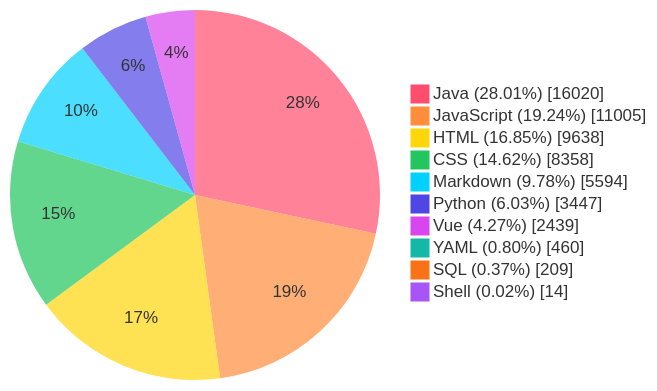
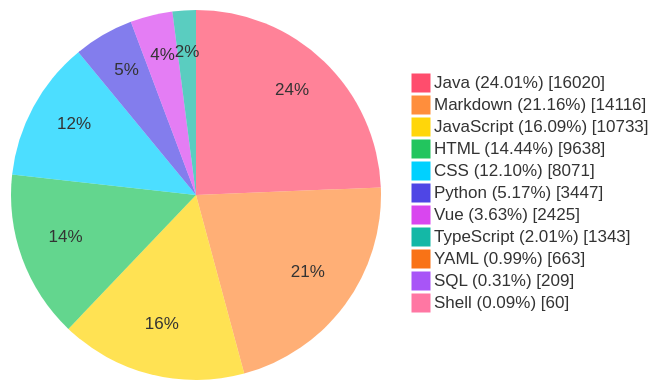
The diagram in README.md (TheBadRoger/BUCT-Teaching-Aids), drawn with Mermaid before and after one commit. The commit also changed other lines of this file and 2 other files, not shown here.

Commit message:
chore(stats): auto update README metrics

````diff
--- a/README.md
+++ b/README.md
@@ -40,29 +40,30 @@
 ```mermaid
 %%{init: {'theme':'base','themeVariables': {
   'fontFamily': 'Fira Code, JetBrains Mono, Source Code Pro, Cascadia Code, Menlo, Consolas, monospace',
   'pieStrokeColor': 'transparent',
   'pieStrokeWidth': '0px',
   'pieOuterStrokeWidth': '0px',
   'pie1': '#FF4D6D',
   'pie2': '#FF8E3C',
   'pie3': '#FFD60A',
   'pie4': '#22C55E',
   'pie5': '#00D1FF',
   'pie6': '#4F46E5',
   'pie7': '#D946EF',
   'pie8': '#14B8A6',
   'pie9': '#F97316',
   'pie10': '#A855F7'
 }}}%%
 pie showData
-    "Java (28.01%)" : 16020
-    "JavaScript (19.24%)" : 11005
-    "HTML (16.85%)" : 9638
-    "CSS (14.62%)" : 8358
-    "Markdown (9.78%)" : 5594
-    "Python (6.03%)" : 3447
-    "Vue (4.27%)" : 2439
-    "YAML (0.80%)" : 460
-    "SQL (0.37%)" : 209
-    "Shell (0.02%)" : 14
+    "Java (24.01%)" : 16020
+    "Markdown (21.16%)" : 14116
+    "JavaScript (16.09%)" : 10733
+    "HTML (14.44%)" : 9638
+    "CSS (12.10%)" : 8071
+    "Python (5.17%)" : 3447
+    "Vue (3.63%)" : 2425
+    "TypeScript (2.01%)" : 1343
+    "YAML (0.99%)" : 663
+    "SQL (0.31%)" : 209
+    "Shell (0.09%)" : 60
 ```
````
